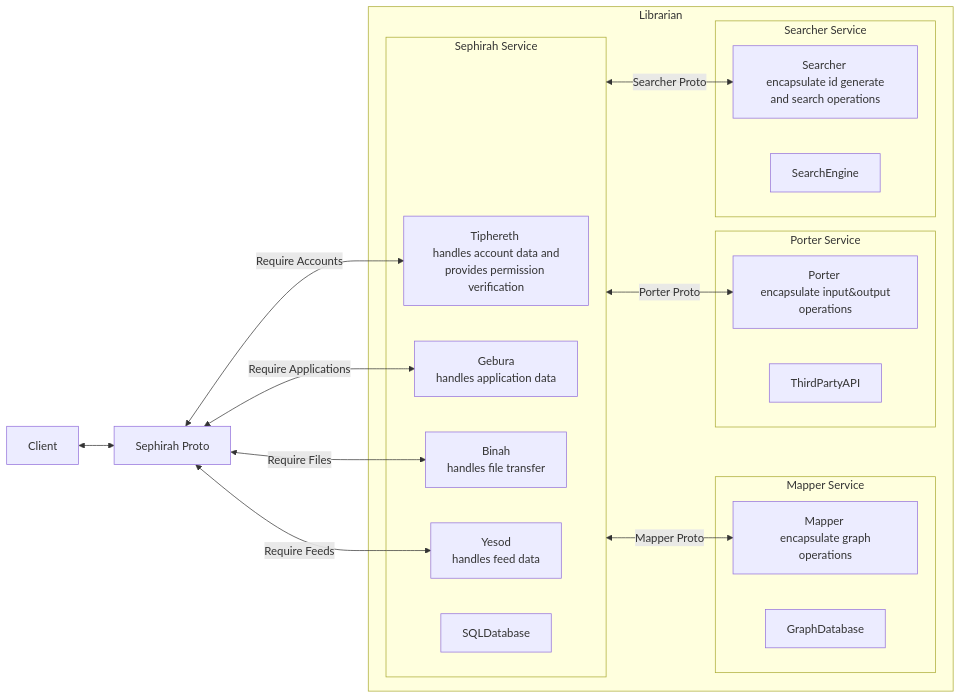
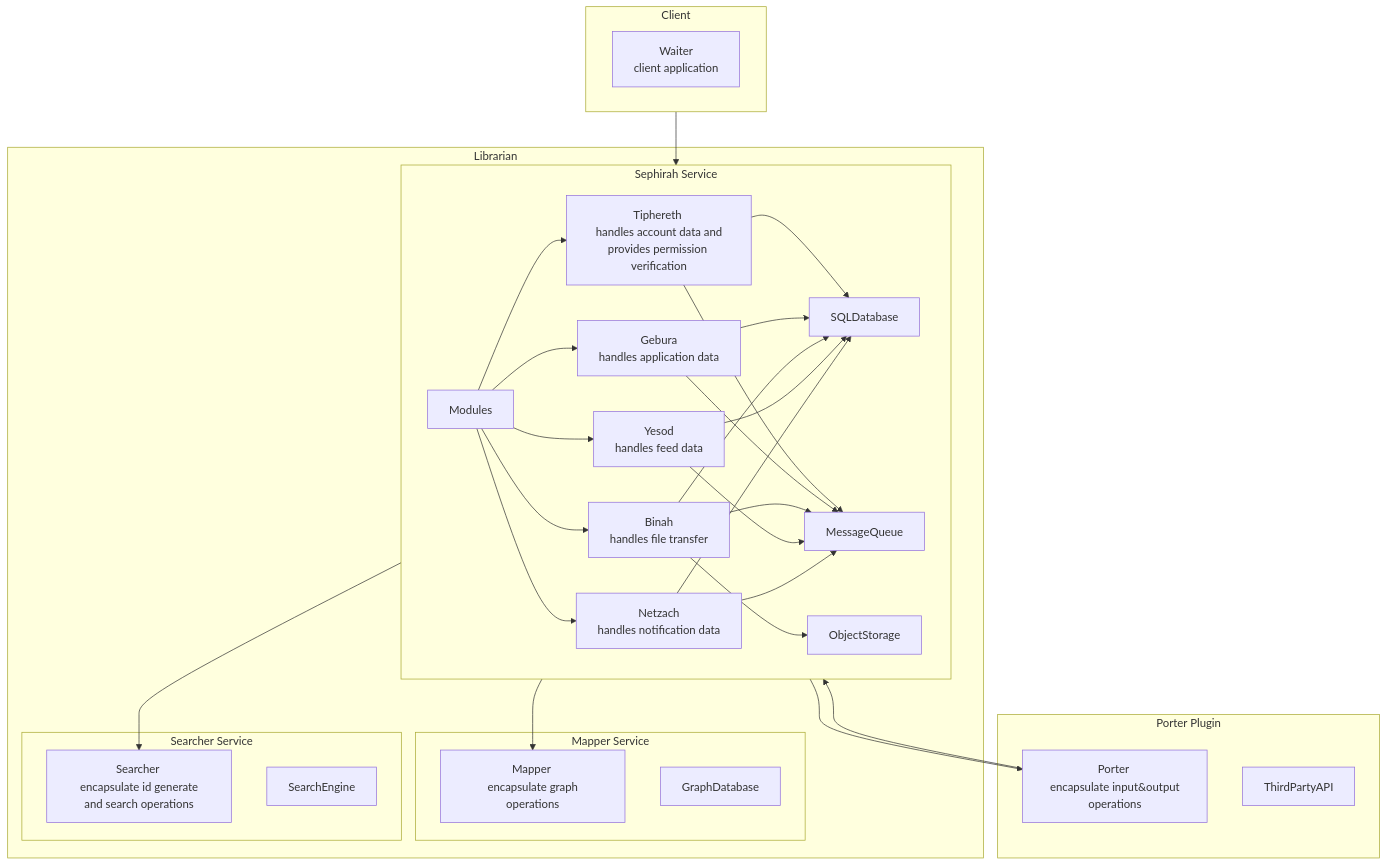
One commit to tuihub/tuihub changed the first of 2 diagrams in docs/developer/design/architecture.md. Above: the diagram before and after it, drawn with Mermaid. The commit also changed other lines of this file, not shown here.

Commit message:
docs: update architecture

````diff
--- a/docs/developer/design/architecture.md
+++ b/docs/developer/design/architecture.md
@@ -33,33 +33,51 @@
 ```mermaid
-graph LR
+graph
     subgraph Librarian
         subgraph Sephirah[Sephirah Service]
             Tiphereth[Tiphereth \n handles account data and provides permission verification]
             Gebura[Gebura \n handles application data]
             Binah[Binah \n handles file transfer]
             Yesod[Yesod \n handles feed data]
-            SQLDatabase
+            Netzach[Netzach \n handles notification data]
+            SQL[SQLDatabase]
+            MQ[MessageQueue]
+            OSS[ObjectStorage]
+            Modules --> Tiphereth
+            Modules --> Gebura
+            Modules --> Binah
+            Modules --> Yesod
+            Modules --> Netzach
+            Tiphereth --> SQL
+            Gebura --> SQL
+            Binah --> SQL
+            Yesod --> SQL
+            Netzach --> SQL
+            Tiphereth --> MQ
+            Gebura --> MQ
+            Binah --> MQ
+            Yesod --> MQ
+            Netzach --> MQ
+            Binah --> OSS
         end
         subgraph Mapper Service
             Mapper[Mapper \n encapsulate graph operations]
             GraphDatabase
         end
-        subgraph Porter Service
-            Porter[Porter \n encapsulate input&output operations]
-            ThirdPartyAPI
-        end
         subgraph Searcher Service
             Searcher[Searcher \n encapsulate id generate and search operations]
             SearchEngine
         end
-        Sephirah <-->|Mapper Proto| Mapper
-        Sephirah <-->|Porter Proto| Porter
-        Sephirah <-->|Searcher Proto| Searcher
+        Sephirah --> Mapper
+        Sephirah --> Searcher
     end
-    Proto[Sephirah Proto]
-    Proto <-->|Require Accounts| Tiphereth
-    Proto <-->|Require Applications| Gebura
-    Proto <-->|Require Files| Binah
-    Proto <-->|Require Feeds| Yesod
-    Client <--> Proto
+    subgraph Client
+        Waiter[Waiter \n client application]
+    end
+    subgraph Porter Plugin
+        Porter[Porter \n encapsulate input&output operations]
+        ThirdPartyAPI
+    end
+    Sephirah --> Porter
+    Porter --> Sephirah
+    Client --> Sephirah
 ```
````
